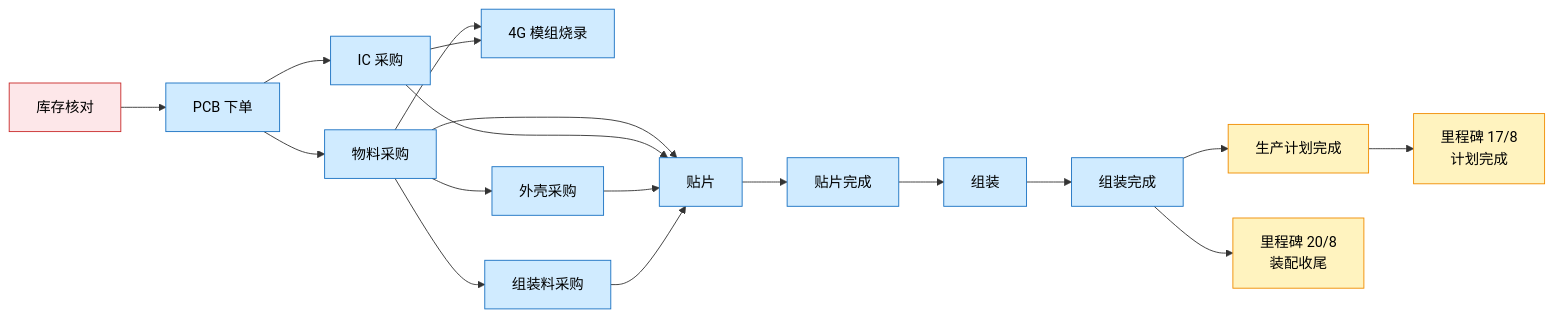
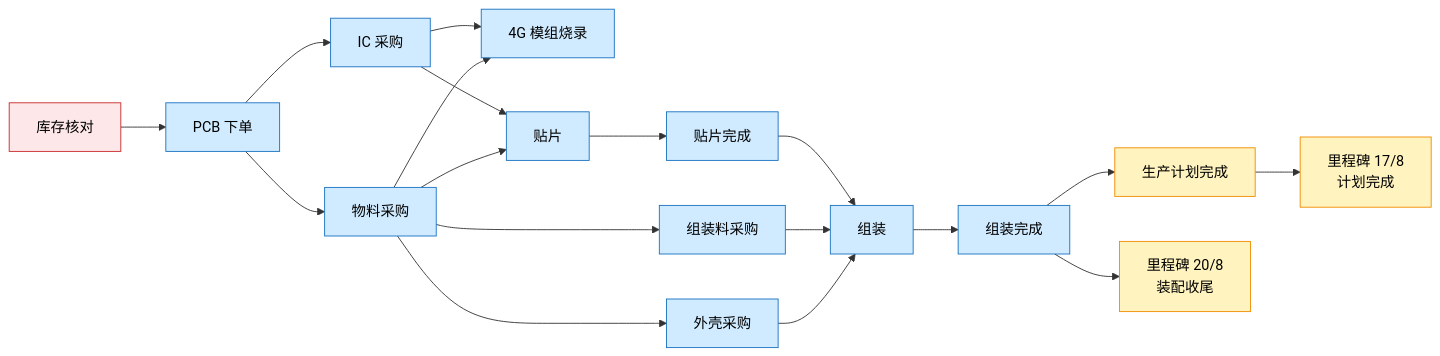
Before and after one commit to Darling5/seatable-production: the third of 3 diagrams in README.md, drawn with Mermaid. The commit also changed other lines of this file and 18 other files, not shown here.

First line of the commit message:
fix+docs+security: 修复依赖图与指南布局，全仓库演示数据脱敏，重新上传虚构数据 demo.mp4

````diff
--- a/README.md
+++ b/README.md
@@ -242,27 +246,27 @@
 ```mermaid
 flowchart LR
     classDef stage fill:#fde7e9,stroke:#c92a2a,color:#000
     classDef proc  fill:#d0ebff,stroke:#1971c2,color:#000
     classDef ship  fill:#fff3bf,stroke:#f08c00,color:#000
 
     A[库存核对]:::stage --> B[PCB 下单]:::proc
     B --> C[物料采购]:::proc
     B --> D[IC 采购]:::proc
     C --> E[4G 模组烧录]:::proc
     D --> E
     C --> F[贴片]:::proc
     D --> F
     C --> H[外壳采购]:::proc
     C --> G[组装料采购]:::proc
-    H --> F
-    G --> F
+    H --> J
+    G --> J
     F --> I[贴片完成]:::proc
     I --> J[组装]:::proc
     J --> K[组装完成]:::proc
     K --> L[生产计划完成]:::ship
 
     M[里程碑 17/8<br/>计划完成]:::ship
     N[里程碑 20/8<br/>装配收尾]:::ship
     L --> M
     K --> N
 ```
````
